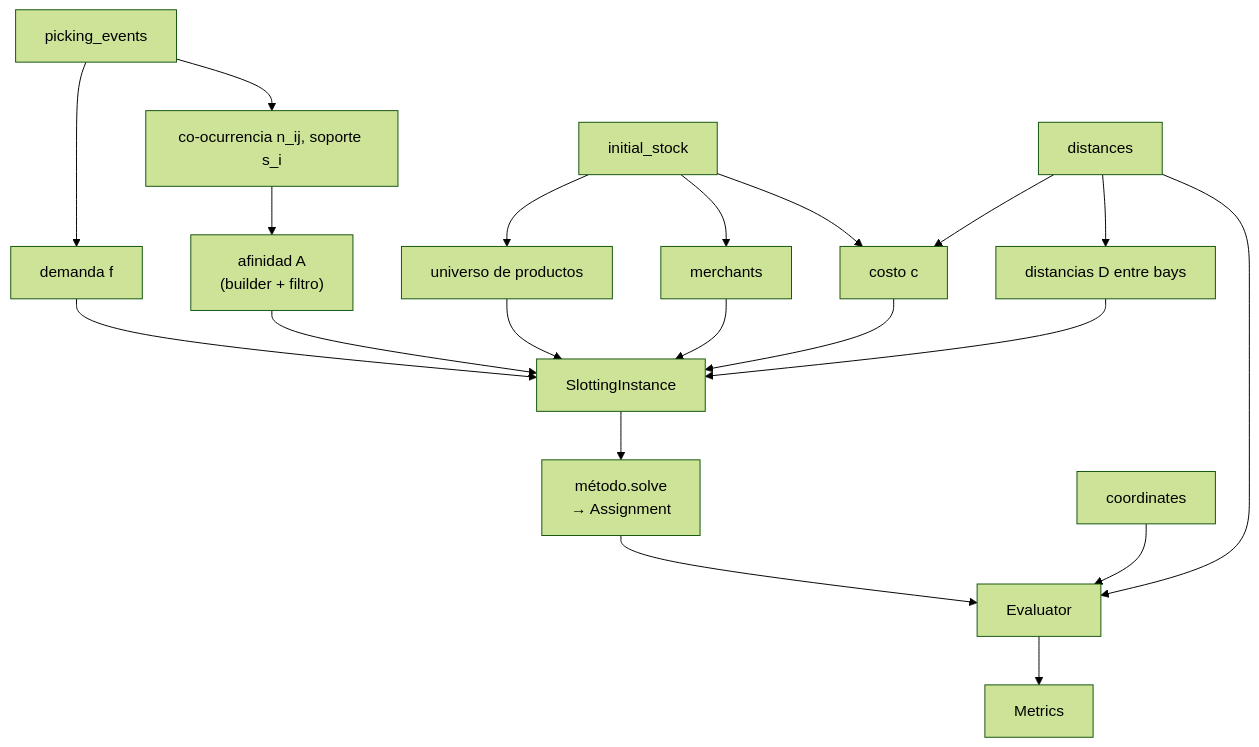
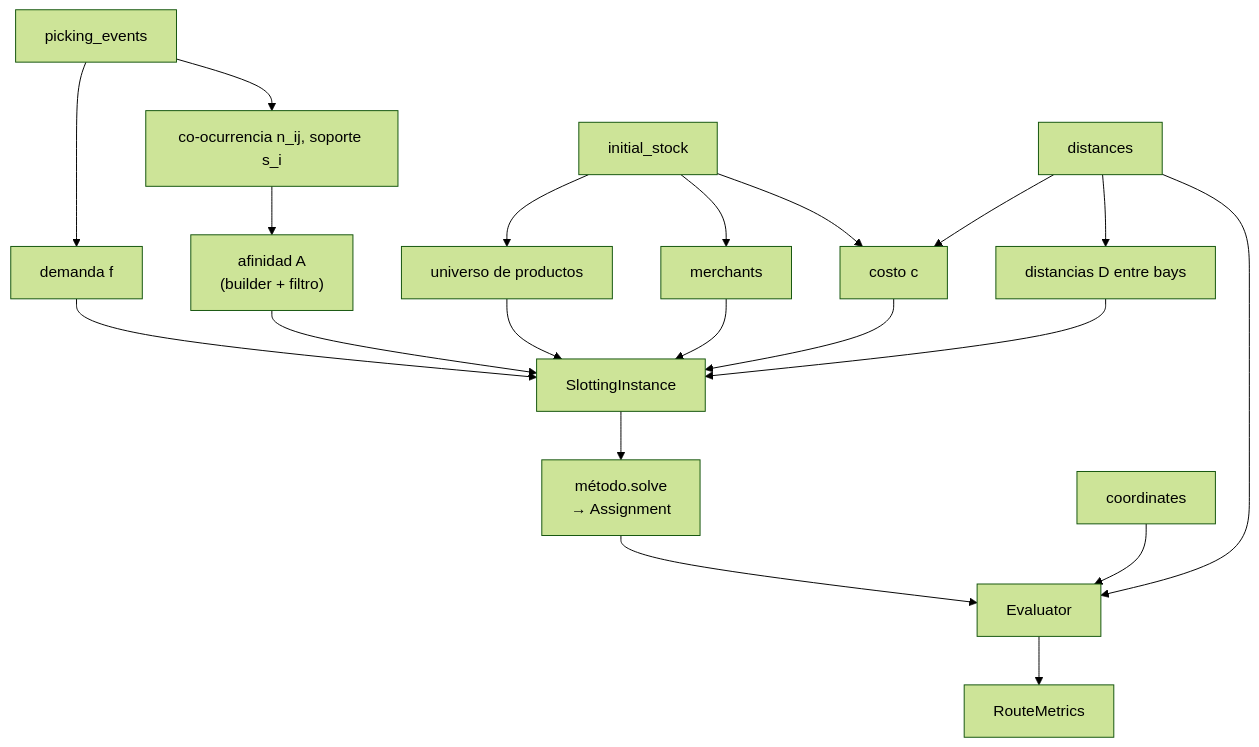
The diagram in docs/pipeline.md (santiagofada/ABS-Affinity-based-slotting), drawn with Mermaid (forest theme) before and after one commit. The commit also changed other lines of this file and 26 other files, not shown here.

````diff
--- a/docs/pipeline.md
+++ b/docs/pipeline.md
@@ -11,29 +11,29 @@
 ```mermaid
 flowchart TD
     PE["picking_events"]
     IS["initial_stock"]
     DI["distances"]
     CO["coordinates"]
 
     PE --> F["demanda f"]
     PE --> NIJ["co-ocurrencia n_ij, soporte s_i"]
     NIJ --> A["afinidad A<br/>(builder + filtro)"]
     IS --> U["universo de productos"]
     IS --> MER["merchants"]
     IS --> C["costo c"]
     DI --> C
     DI --> D["distancias D entre bays"]
 
     F --> INST["SlottingInstance"]
     A --> INST
     U --> INST
     MER --> INST
     C --> INST
     D --> INST
 
     INST --> SOL["método.solve<br/>→ Assignment"]
     SOL --> EV["Evaluator"]
     CO --> EV
     DI --> EV
-    EV --> MET["Metrics"]
+    EV --> MET["RouteMetrics"]
 ```
````
